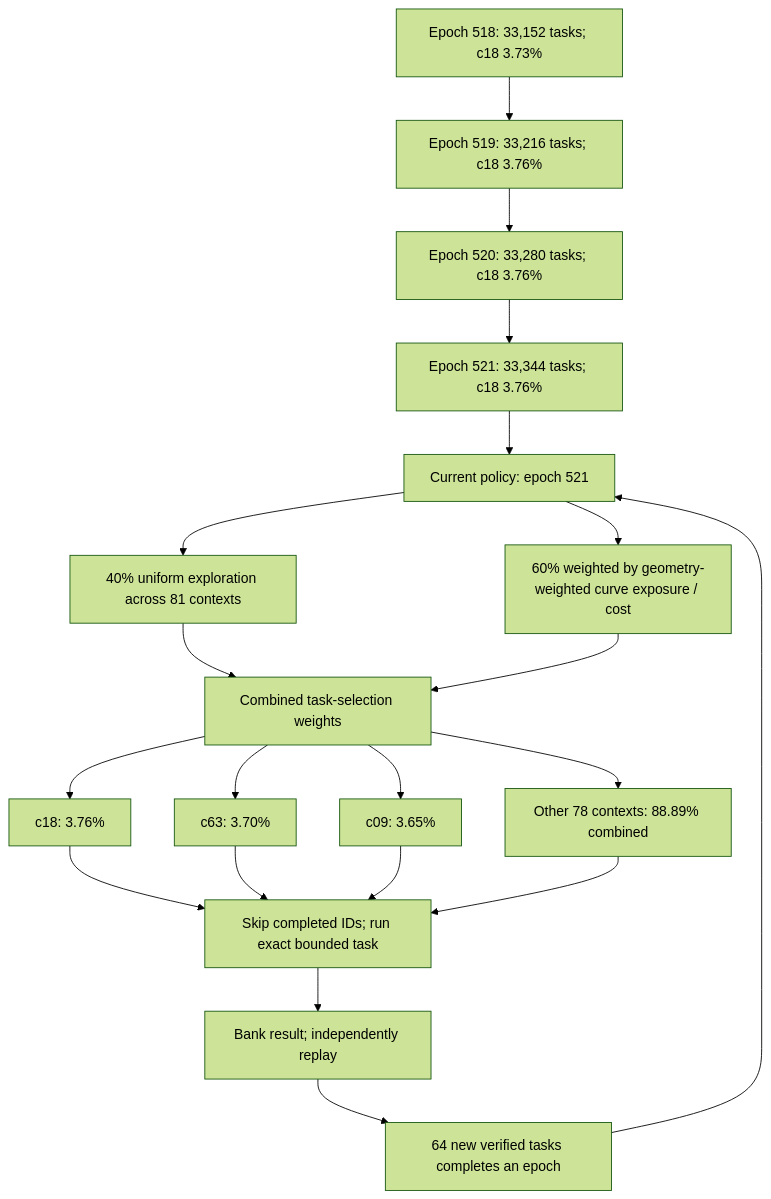
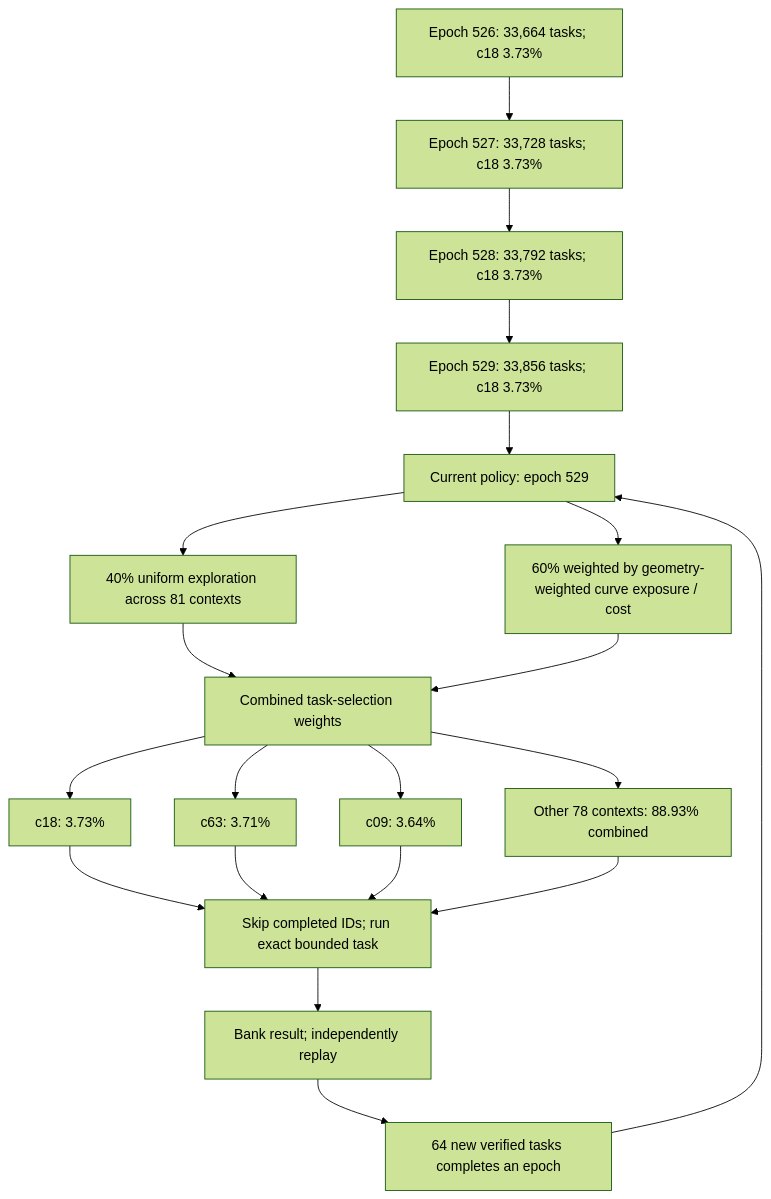
Before and after one commit to Kuberwastaken/math-gambling: the first of 3 diagrams in README.md, drawn with Mermaid (forest theme). The commit also changed other lines of this file and 1145 other files, not shown here.

````diff
--- a/README.md
+++ b/README.md
@@ -55,27 +55,27 @@
 ```mermaid
 flowchart TD
-    H0["Epoch 518: 33,152 tasks; c18 3.73%"]
-    H1["Epoch 519: 33,216 tasks; c18 3.76%"]
+    H0["Epoch 526: 33,664 tasks; c18 3.73%"]
+    H1["Epoch 527: 33,728 tasks; c18 3.73%"]
     H0 --> H1
-    H2["Epoch 520: 33,280 tasks; c18 3.76%"]
+    H2["Epoch 528: 33,792 tasks; c18 3.73%"]
     H1 --> H2
-    H3["Epoch 521: 33,344 tasks; c18 3.76%"]
+    H3["Epoch 529: 33,856 tasks; c18 3.73%"]
     H2 --> H3
-    Policy["Current policy: epoch 521"]
+    Policy["Current policy: epoch 529"]
     H3 --> Policy
     Policy --> Explore["40% uniform exploration across 81 contexts"]
     Policy --> Cost["60% weighted by geometry-weighted curve exposure / cost"]
     Explore --> Mix["Combined task-selection weights"]
     Cost --> Mix
-    Mix --> C0["c18: 3.76%"]
-    Mix --> C1["c63: 3.70%"]
-    Mix --> C2["c09: 3.65%"]
-    Mix --> Rest["Other 78 contexts: 88.89% combined"]
+    Mix --> C0["c18: 3.73%"]
+    Mix --> C1["c63: 3.71%"]
+    Mix --> C2["c09: 3.64%"]
+    Mix --> Rest["Other 78 contexts: 88.93% combined"]
     C0 --> Check["Skip completed IDs; run exact bounded task"]
     C1 --> Check
     C2 --> Check
     Rest --> Check
     Check --> Replay["Bank result; independently replay"]
     Replay --> Gate["64 new verified tasks completes an epoch"]
     Gate --> Policy
 ```
````
